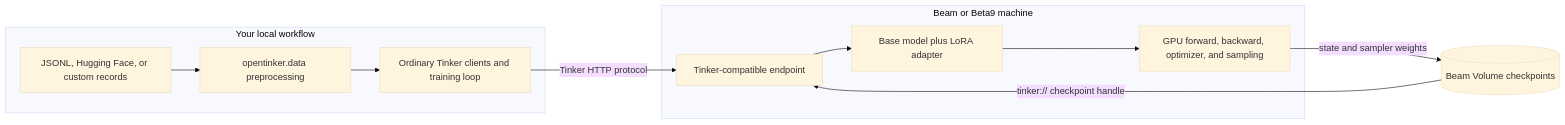
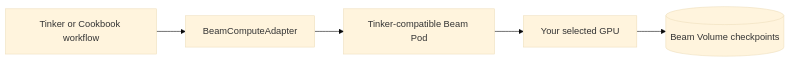
The diagram in README.md (beam-cloud/opentinker), drawn with Mermaid (base theme) before and after one commit. The commit also changed other lines of this file and 12 other files, not shown here.

````diff
--- a/README.md
+++ b/README.md
@@ -15,22 +12,7 @@
 ```mermaid
 flowchart LR
-    subgraph Local["Your local workflow"]
-        Data["JSONL, Hugging Face, or custom records"]
-        Prep["opentinker.data preprocessing"]
-        SDK["Ordinary Tinker clients and training loop"]
-        Data --> Prep --> SDK
-    end
-
-    subgraph Beam["Beam or Beta9 machine"]
-        API["Tinker-compatible endpoint"]
-        Model["Base model plus LoRA adapter"]
-        GPU["GPU forward, backward, optimizer, and sampling"]
-        API --> Model --> GPU
-    end
-
-    Volume[("Beam Volume checkpoints")]
-
-    SDK -- "Tinker HTTP protocol" --> API
-    GPU -- "state and sampler weights" --> Volume
-    Volume -- "tinker:// checkpoint handle" --> API
+    Code["Tinker or Cookbook workflow"] --> Adapter["BeamComputeAdapter"]
+    Adapter --> Pod["Tinker-compatible Beam Pod"]
+    Pod --> GPU["Your selected GPU"]
+    GPU --> Volume[("Beam Volume checkpoints")]
 ```
````
